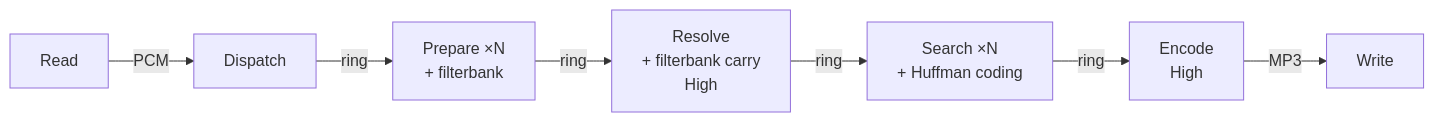
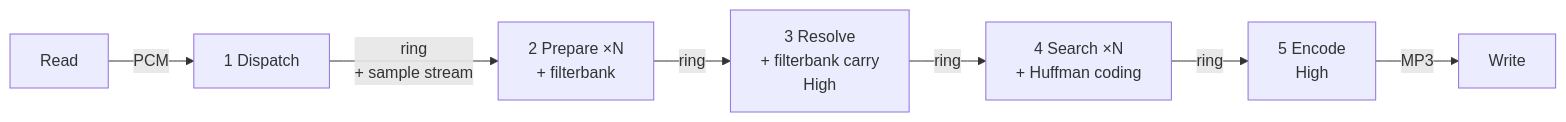
Before and after one commit to ThinkMeta-com/ThinkMeta.ConcurrentTasks.Samples: the sixth of 8 diagrams in ctLame/docs/task-graph.md, drawn with Mermaid. The commit also changed other lines of this file and 700 other files, not shown here.

````diff
--- a/ctLame/docs/task-graph.md
+++ b/ctLame/docs/task-graph.md
@@ -161,9 +208,9 @@
 ```mermaid
 flowchart LR
-    R["Read"] -- "PCM" --> D["Dispatch"]
-    D -- "ring" --> P["Prepare ×N<br/>+ filterbank"]
-    P -- "ring" --> V["Resolve<br/>+ filterbank carry<br/>High"]
-    V -- "ring" --> S["Search ×N<br/>+ Huffman coding"]
-    S -- "ring" --> E["Encode<br/>High"]
+    R["Read"] -- "PCM" --> D["1 Dispatch"]
+    D -- "ring<br/>+ sample stream" --> P["2 Prepare ×N<br/>+ filterbank"]
+    P -- "ring" --> V["3 Resolve<br/>+ filterbank carry<br/>High"]
+    V -- "ring" --> S["4 Search ×N<br/>+ Huffman coding"]
+    S -- "ring" --> E["5 Encode<br/>High"]
     E -- "MP3" --> W["Write"]
 ```
````
